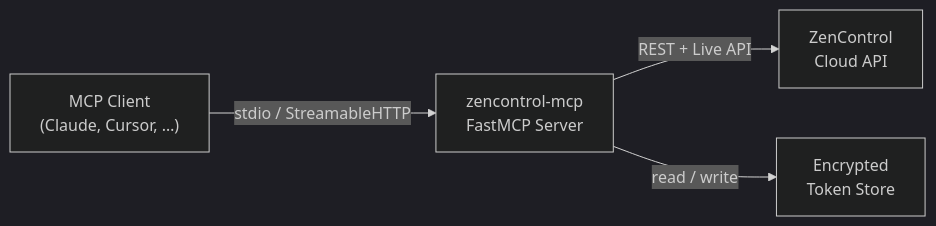
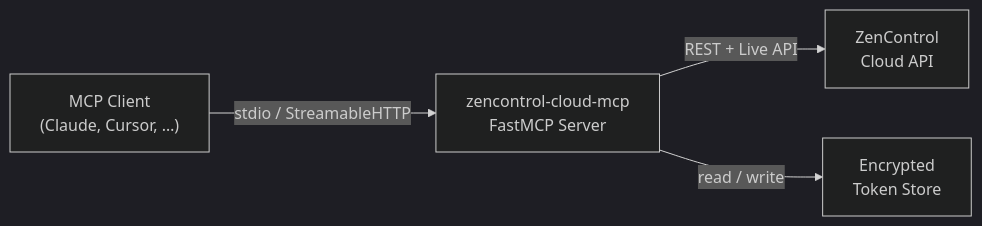
Before and after one commit to oWretch/zencontrol-cloud-mcp: the diagram in README.md, drawn with Mermaid (dark theme). The commit also changed other lines of this file and 45 other files, not shown here.

First line of the commit message:
refactor: rename to zencontrol-cloud-mcp

````diff
--- a/README.md
+++ b/README.md
@@ -177,11 +171,11 @@
 ```mermaid
 graph LR
     Client["MCP Client<br/>(Claude, Cursor, …)"]
-    Server["zencontrol-mcp<br/>FastMCP Server"]
+    Server["zencontrol-cloud-mcp<br/>FastMCP Server"]
     API["ZenControl<br/>Cloud API"]
     Tokens["Encrypted<br/>Token Store"]
 
     Client -- "stdio / StreamableHTTP" --> Server
     Server -- "REST + Live API" --> API
     Server -- "read / write" --> Tokens
 ```
````
